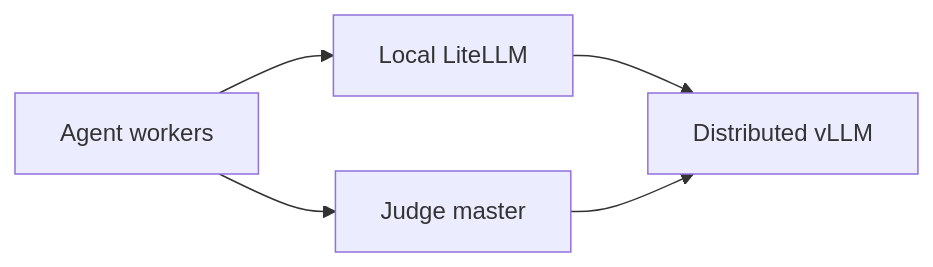
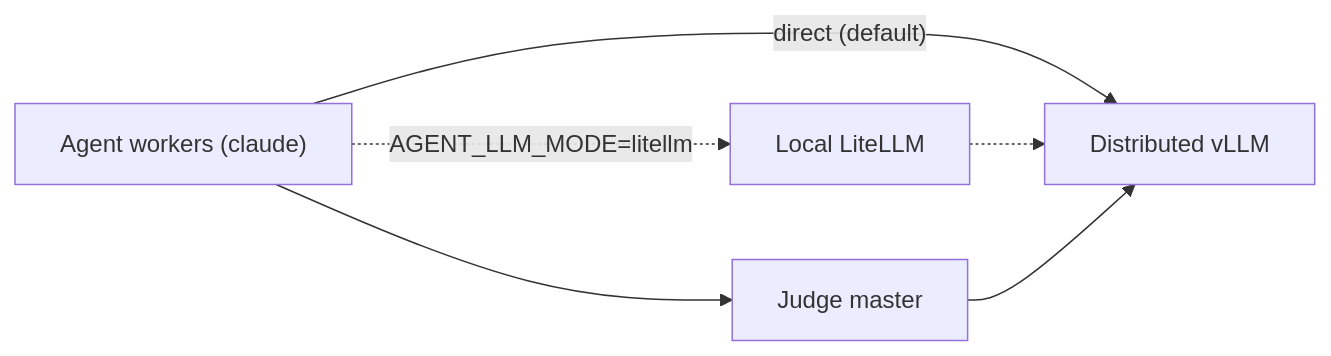
The diagram in containers/cluster/example-script/README.md (SkyWorld117/HPCAgent-Bench), drawn with Mermaid before and after one commit. The commit also changed other lines of this file and 2 other files, not shown here.

First line of the commit message:
README follows the direct agent path; resolve a bare PROBLEMS_FILE next to the script

````diff
--- a/containers/cluster/example-script/README.md
+++ b/containers/cluster/example-script/README.md
@@ -37,7 +38,8 @@
 ```mermaid
 flowchart LR
-    A["Agent workers"] --> L["Local LiteLLM"]
-    L --> V["Distributed vLLM"]
+    A["Agent workers (claude)"] -->|"direct (default)"| V["Distributed vLLM"]
+    A -.->|"AGENT_LLM_MODE=litellm"| L["Local LiteLLM"]
+    L -.-> V
     A --> J["Judge master"]
     J --> V
 ```
````
